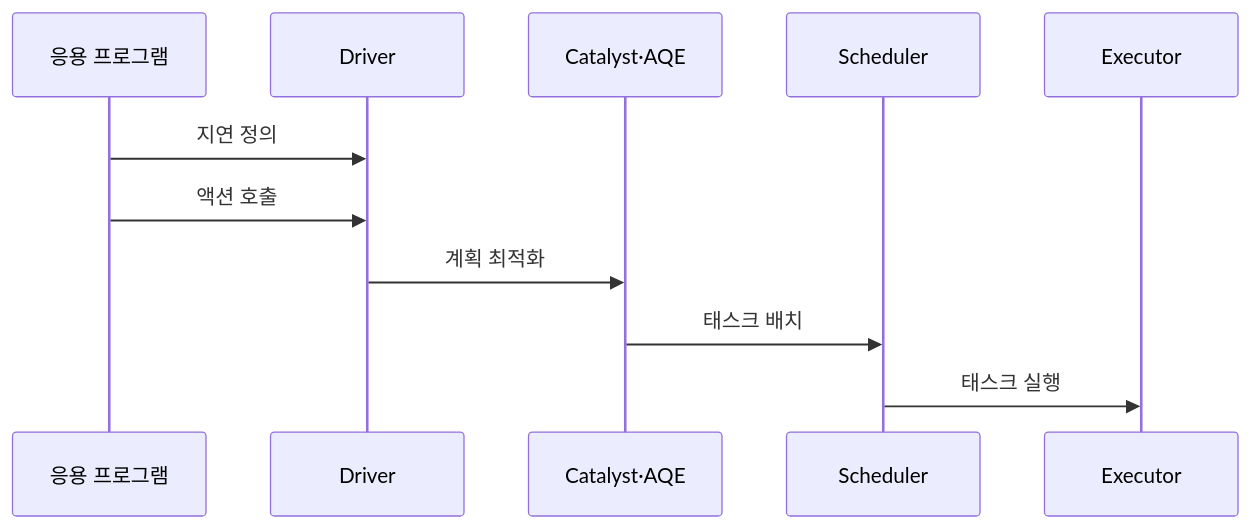
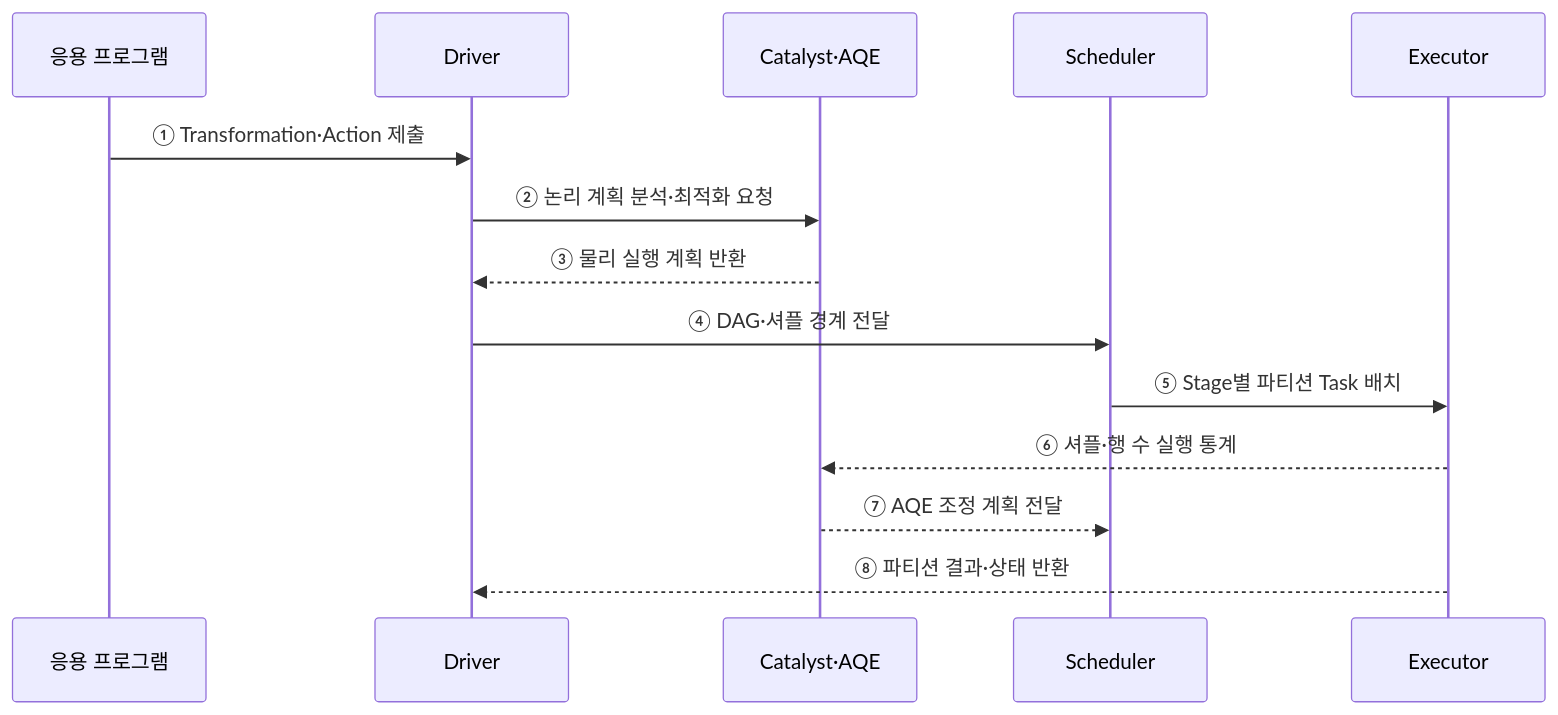
Before and after one commit to agnusdei1207/knowledge-base: the second of 2 diagrams in src/content/docs/notes/03-software/117_apache_spark.md, drawn with Mermaid. The commit also changed other lines of this file and 20 other files, not shown here.

````diff
--- a/src/content/docs/notes/03-software/117_apache_spark.md
+++ b/src/content/docs/notes/03-software/117_apache_spark.md
@@ -99,13 +89,16 @@
 ```mermaid
 sequenceDiagram
     participant U as 응용 프로그램
     participant D as Driver
     participant C as Catalyst·AQE
     participant S as Scheduler
     participant E as Executor
-    U->>D: 지연 정의
-    U->>D: 액션 호출
-    D->>C: 계획 최적화
-    C->>S: 태스크 배치
-    S->>E: 태스크 실행
+    U->>D: ① Transformation·Action 제출
+    D->>C: ② 논리 계획 분석·최적화 요청
+    C-->>D: ③ 물리 실행 계획 반환
+    D->>S: ④ DAG·셔플 경계 전달
+    S->>E: ⑤ Stage별 파티션 Task 배치
+    E-->>C: ⑥ 셔플·행 수 실행 통계
+    C-->>S: ⑦ AQE 조정 계획 전달
+    E-->>D: ⑧ 파티션 결과·상태 반환
 ```
````
